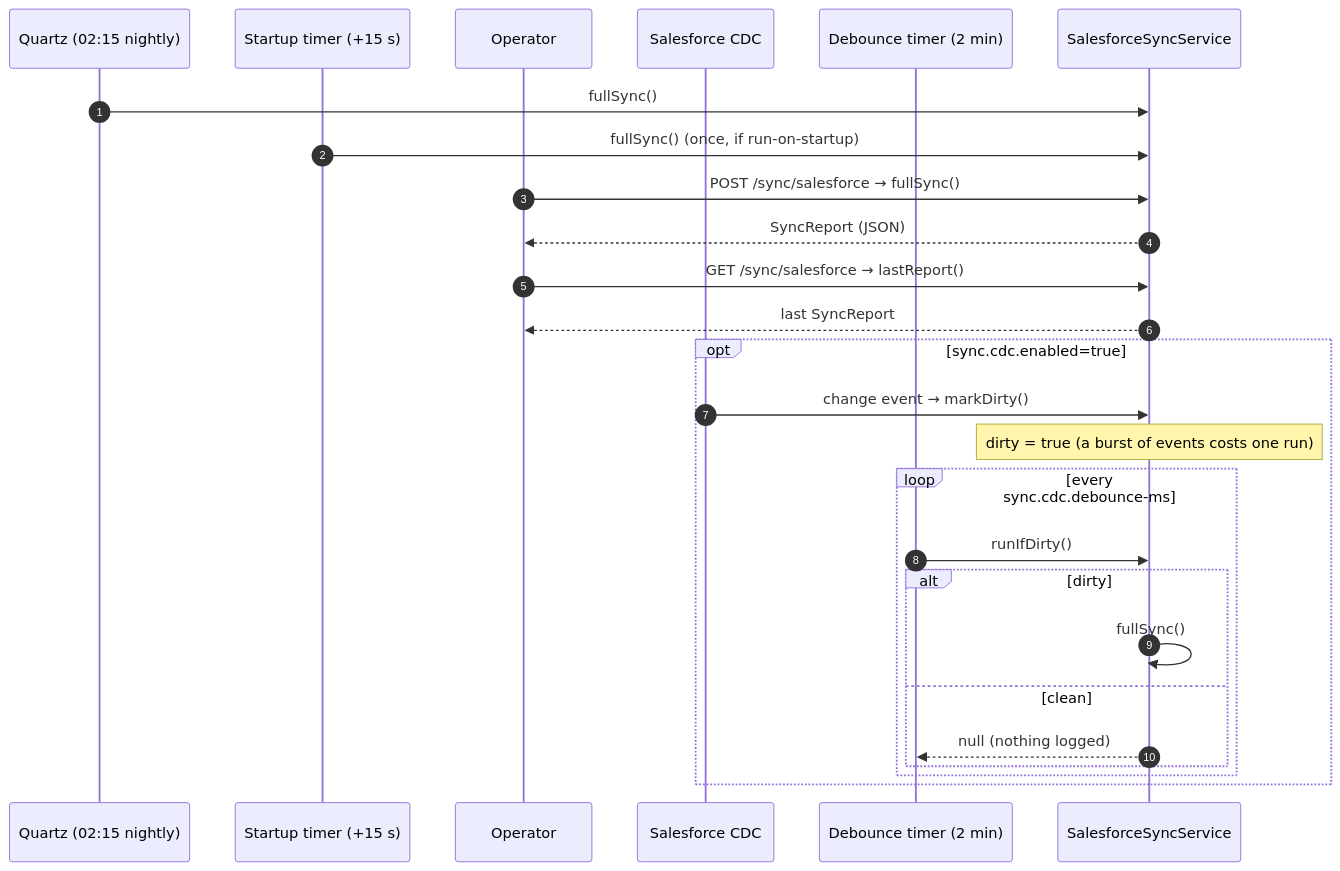
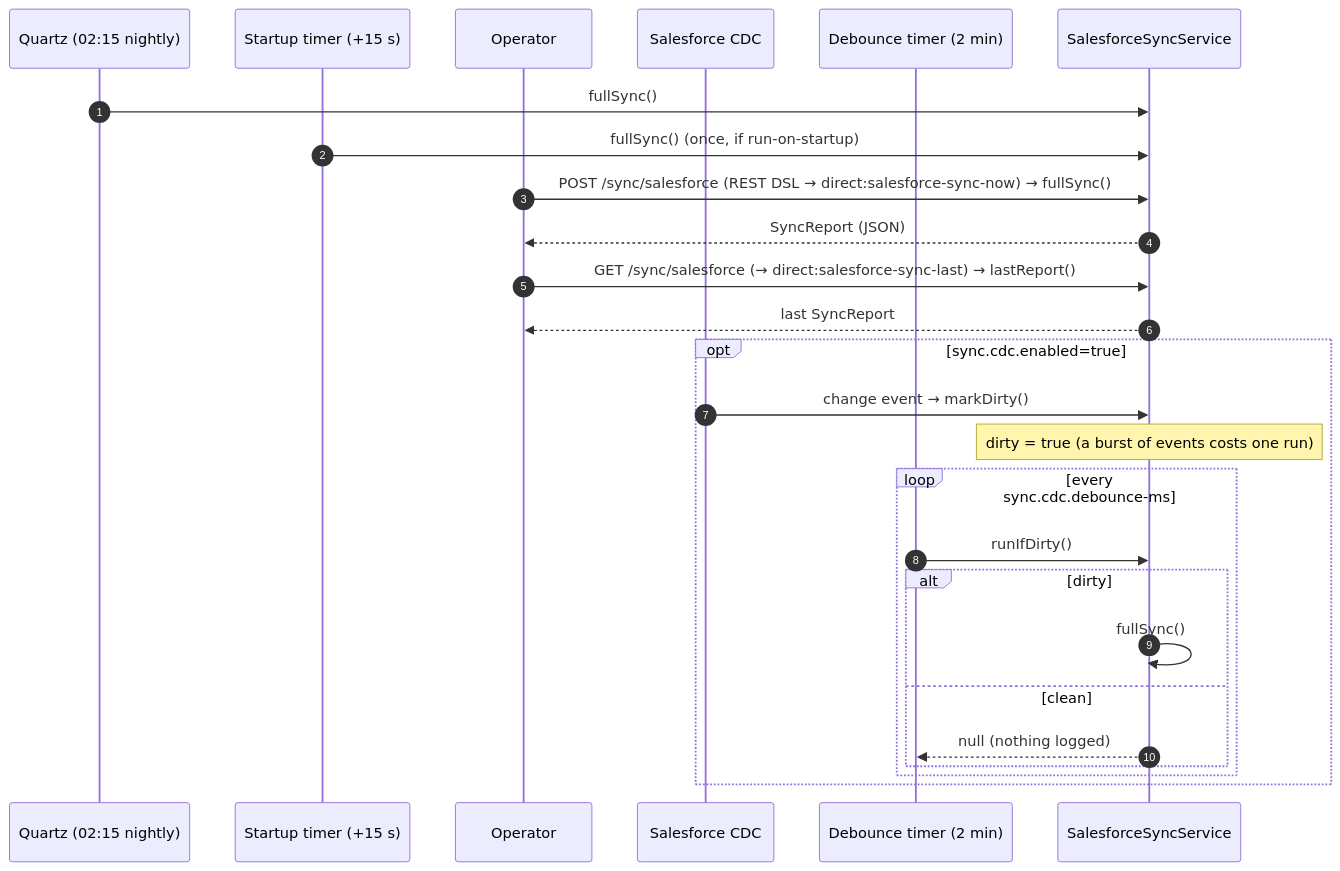
One commit to willmorejg/sf-ldap-sync changed the first of 3 diagrams in docs/sequence/salesforce-sync.md. Above: the diagram before and after it, drawn with Mermaid. The commit also changed other lines of this file and 49 other files, not shown here.

````diff
--- a/docs/sequence/salesforce-sync.md
+++ b/docs/sequence/salesforce-sync.md
@@ -14,30 +19,30 @@
 ```mermaid
 sequenceDiagram
     autonumber
     participant Q as Quartz (02:15 nightly)
     participant T as Startup timer (+15 s)
     participant Op as Operator
     participant SF as Salesforce CDC
     participant D as Debounce timer (2 min)
     participant S as SalesforceSyncService
 
     Q->>S: fullSync()
     T->>S: fullSync() (once, if run-on-startup)
-    Op->>S: POST /sync/salesforce → fullSync()
+    Op->>S: POST /sync/salesforce (REST DSL → direct:salesforce-sync-now) → fullSync()
     S-->>Op: SyncReport (JSON)
-    Op->>S: GET /sync/salesforce → lastReport()
+    Op->>S: GET /sync/salesforce (→ direct:salesforce-sync-last) → lastReport()
     S-->>Op: last SyncReport
 
     opt sync.cdc.enabled=true
         SF->>S: change event → markDirty()
         Note over S: dirty = true (a burst of events costs one run)
         loop every sync.cdc.debounce-ms
             D->>S: runIfDirty()
             alt dirty
                 S->>S: fullSync()
             else clean
                 S-->>D: null (nothing logged)
             end
         end
     end
 ```
````
